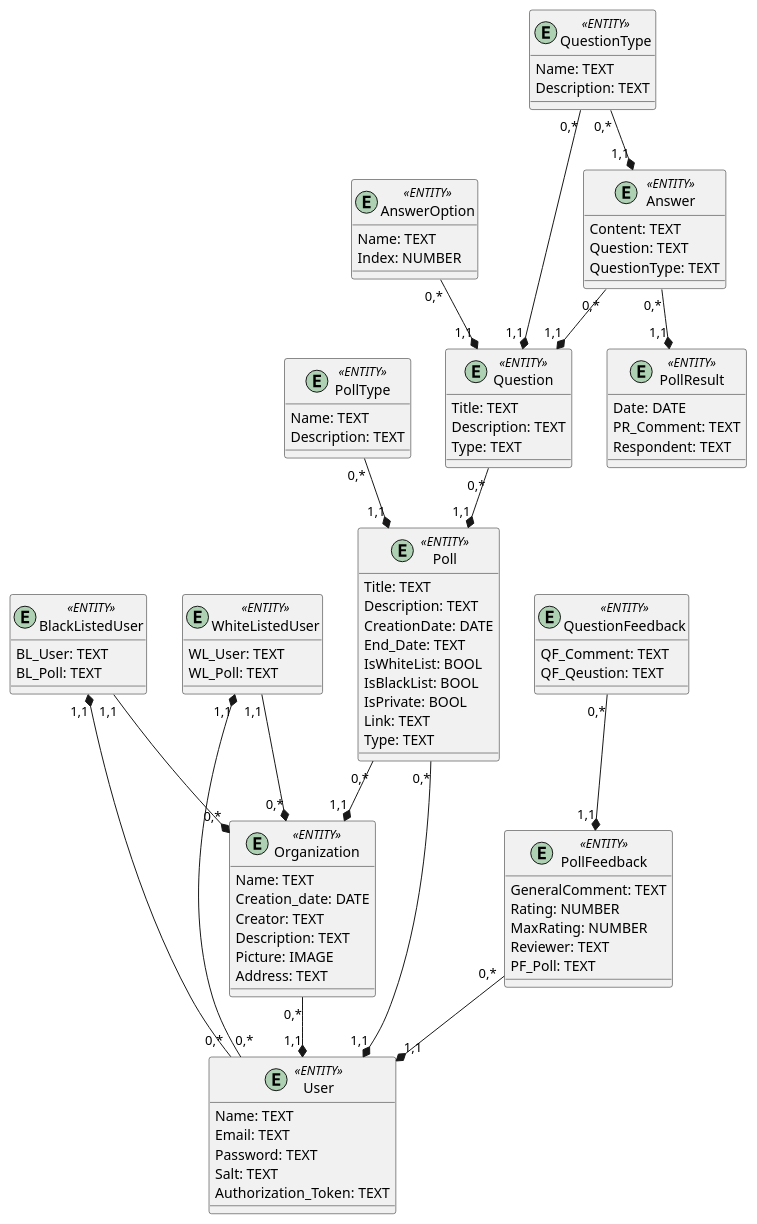
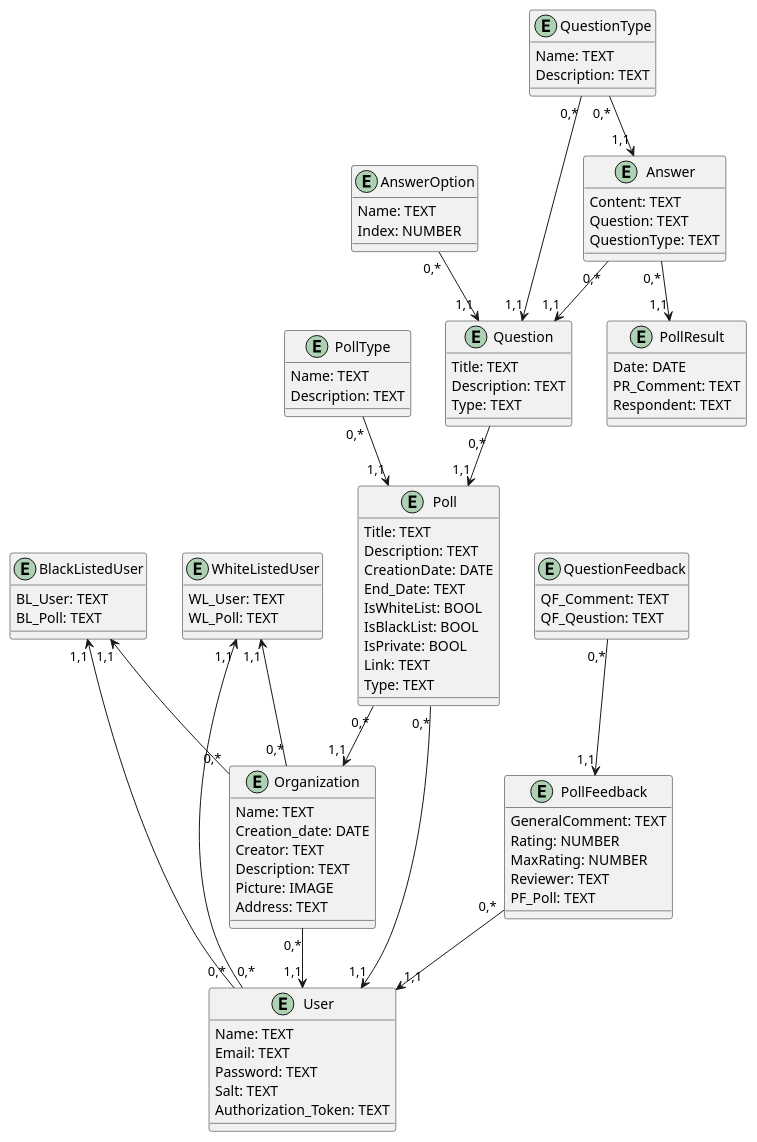
Before and after one commit to gurug-prog/survey-expert: the diagram in docs/design/README.md, drawn with PlantUML. The commit also changed other lines of this file and 10 other files, not shown here.

```diff
--- a/docs/design/README.md
+++ b/docs/design/README.md
@@ -55,6 +53,6 @@
 @startuml
 
-entity User <<ENTITY>>{
+entity User {
     Name: TEXT
     Email: TEXT
     Password: TEXT
@@ -62,7 +60,7 @@
     Authorization_Token: TEXT
 }
 
-entity Organization <<ENTITY>>{
+entity Organization {
     Name: TEXT
     Creation_date: DATE
     Creator: TEXT
@@ -71,22 +69,22 @@
     Address: TEXT
 }
 
-entity PollType <<ENTITY>>{
+entity PollType {
     Name: TEXT
     Description: TEXT
 }
 
-entity BlackListedUser <<ENTITY>>{
+entity BlackListedUser {
     BL_User: TEXT
     BL_Poll: TEXT
 }
 
-entity WhiteListedUser <<ENTITY>>{
+entity WhiteListedUser {
     WL_User: TEXT
     WL_Poll: TEXT
 }
 
-entity Poll <<ENTITY>>{
+entity Poll {
     Title: TEXT
     Description: TEXT
     CreationDate: DATE
@@ -98,39 +96,39 @@
     Type: TEXT
 }
 
-entity QuestionType <<ENTITY>>{
+entity QuestionType {
     Name: TEXT
     Description: TEXT
 }
 
-entity AnswerOption <<ENTITY>>{
+entity AnswerOption {
     Name: TEXT
     Index: NUMBER
 }
-entity Question <<ENTITY>>{
+entity Question {
     Title: TEXT
     Description: TEXT
     Type: TEXT
 }
 
-entity Answer <<ENTITY>>{
+entity Answer {
     Content: TEXT
     Question: TEXT
     QuestionType: TEXT
 }
 
-entity PollResult <<ENTITY>>{
+entity PollResult {
     Date: DATE
     PR_Comment: TEXT
     Respondent: TEXT
 }
 
-entity QuestionFeedback <<ENTITY>>{
+entity QuestionFeedback {
     QF_Comment: TEXT
     QF_Qeustion: TEXT
 }
 
-entity PollFeedback <<ENTITY>>{
+entity PollFeedback {
     GeneralComment: TEXT
     Rating: NUMBER
     MaxRating: NUMBER
@@ -138,29 +136,29 @@
     PF_Poll: TEXT
 }
 
-Poll "0,*"--*"1,1" User
-Organization "0,*"--*"1,1" User
-PollFeedback "0,*"--*"1,1" User
+Poll "0,*"-->"1,1" User
+Organization "0,*"-->"1,1" User
+PollFeedback "0,*"-->"1,1" User
 
-Poll "0,*"--*"1,1" Organization
+Poll "0,*"-->"1,1" Organization
 
-BlackListedUser "1,1"*--"0,*" User
-BlackListedUser "1,1"--*"0,*" Organization
+BlackListedUser "1,1"<--"0,*" User
+BlackListedUser "1,1"<--"0,*" Organization
 
-WhiteListedUser "1,1"*--"0,*" User
-WhiteListedUser "1,1"--*"0,*" Organization
+WhiteListedUser "1,1"<--"0,*" User
+WhiteListedUser "1,1"<--"0,*" Organization
 
 
-Question "0,*"--*"1,1" Poll
+Question "0,*"-->"1,1" Poll
 
-Answer "0,*"--*"1,1" Question
-Answer "0,*"--*"1,1" PollResult
+Answer "0,*"-->"1,1" Question
+Answer "0,*"-->"1,1" PollResult
 
-AnswerOption "0,*"--*"1,1" Question
-PollType "0,*"-d-*"1,1" Poll
-QuestionType "0,*"--*"1,1" Question
-QuestionType "0,*"--*"1,1" Answer
+AnswerOption "0,*"-->"1,1" Question
+PollType "0,*"-->"1,1" Poll
+QuestionType "0,*"-->"1,1" Question
+QuestionType "0,*"-->"1,1" Answer
 
-QuestionFeedback "0,*"--*"1,1" PollFeedback
+QuestionFeedback "0,*"-->"1,1" PollFeedback
 
 @enduml
```
